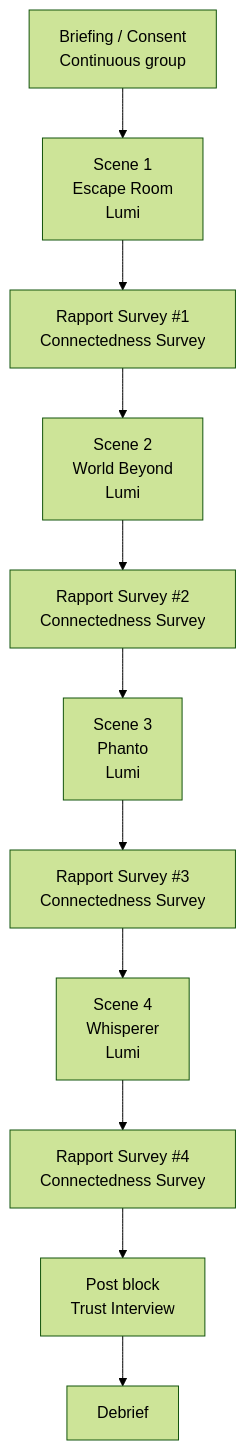
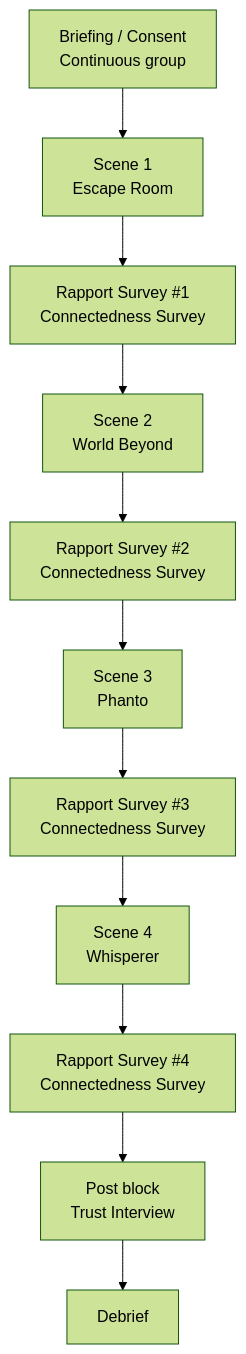
One commit to R1chi33333/Virtual-Agents changed the second of 2 diagrams in README.md. Above: the diagram before and after it, drawn with Mermaid (forest theme).

````diff
--- a/README.md
+++ b/README.md
@@ -123,15 +123,15 @@
 ```mermaid
 flowchart TD
     A["Briefing / Consent<br/>Continuous group"]
-    S1["Scene 1<br/>Escape Room<br/>Lumi"]
+    S1["Scene 1<br/>Escape Room"]
     R1["Rapport Survey #1<br/>Connectedness Survey"]
-    S2["Scene 2<br/>World Beyond<br/>Lumi"]
+    S2["Scene 2<br/>World Beyond"]
     R2["Rapport Survey #2<br/>Connectedness Survey"]
-    S3["Scene 3<br/>Phanto<br/>Lumi"]
+    S3["Scene 3<br/>Phanto"]
     R3["Rapport Survey #3<br/>Connectedness Survey"]
-    S4["Scene 4<br/>Whisperer<br/>Lumi"]
+    S4["Scene 4<br/>Whisperer"]
     R4["Rapport Survey #4<br/>Connectedness Survey"]
     P["Post block<br/>Trust Interview"]
     D["Debrief"]
     A --> S1 --> R1 --> S2 --> R2 --> S3 --> R3 --> S4 --> R4 --> P --> D
 ```
````
